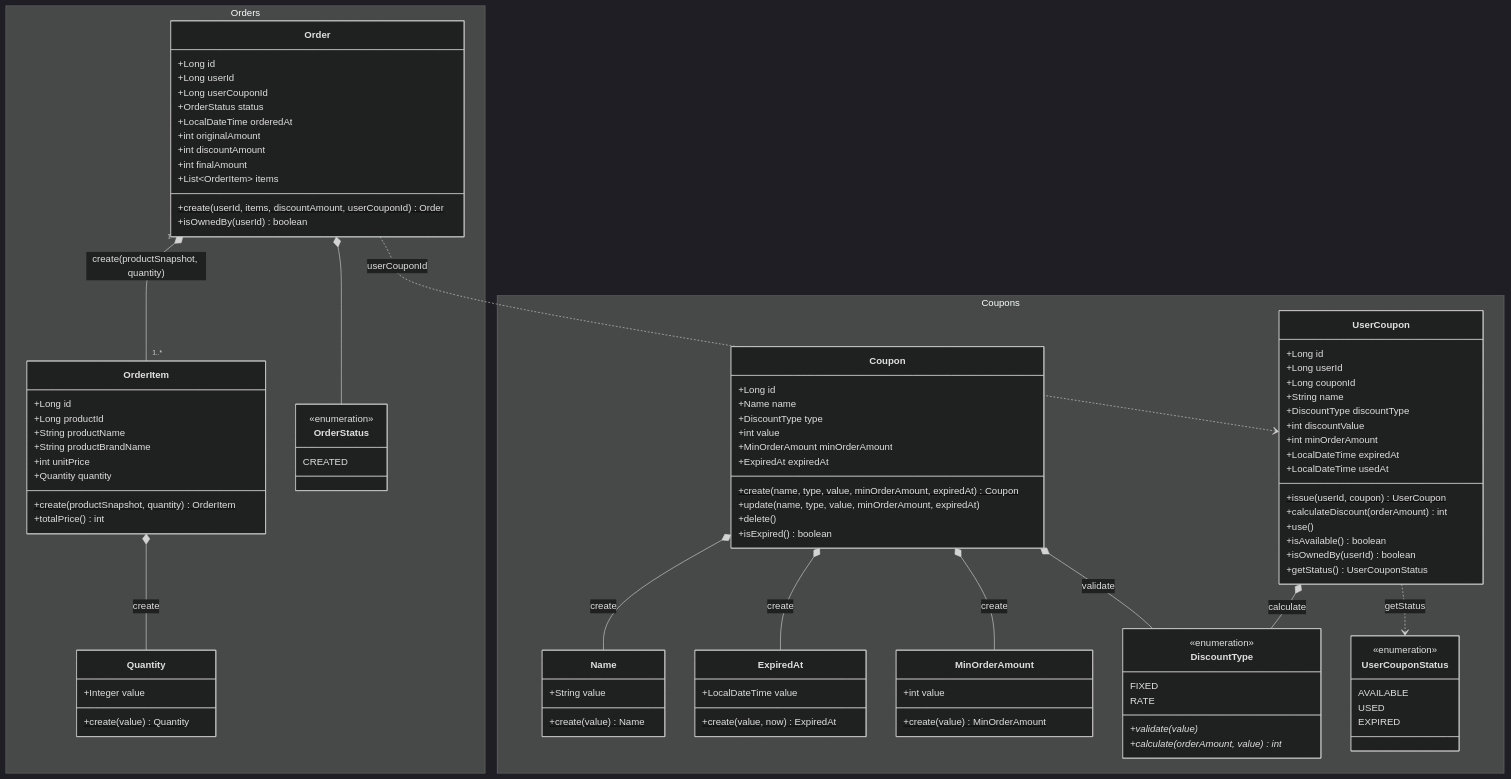
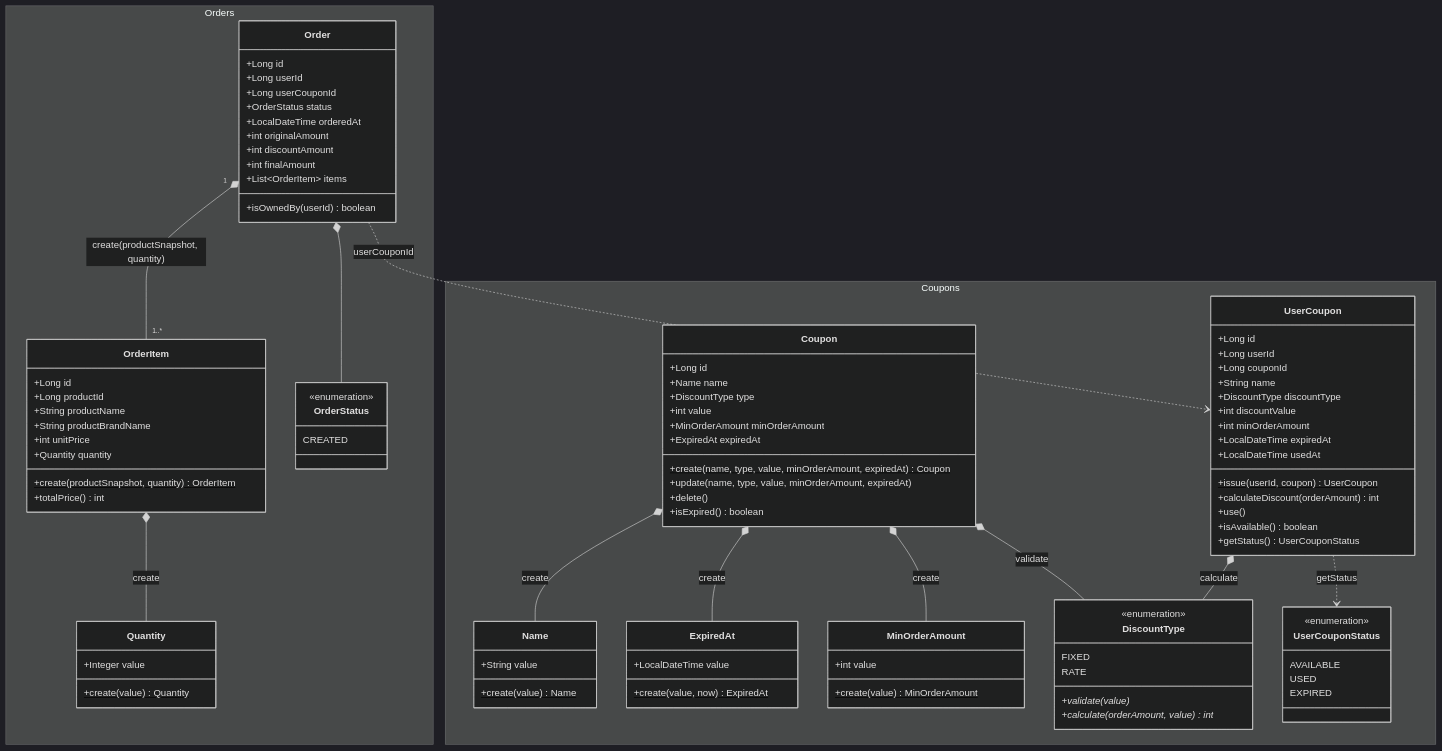
One commit to loopers-labs/loop-pack-be-l2-vol4-java changed the first of 3 diagrams in docs/volume-4/03-class-diagram.md. Above: the diagram before and after it, drawn with Mermaid (dark theme). The commit also changed other lines of this file and 11 other files, not shown here.

```diff
--- a/docs/volume-4/03-class-diagram.md
+++ b/docs/volume-4/03-class-diagram.md
@@ -33,7 +33,6 @@
             +calculateDiscount(orderAmount) int
             +use()
             +isAvailable() boolean
-            +isOwnedBy(userId) boolean
             +getStatus() UserCouponStatus
         }
         class Name {
@@ -74,7 +73,6 @@
             +int discountAmount
             +int finalAmount
             +List~OrderItem~ items
-            +create(userId, items, discountAmount, userCouponId)$ Order
             +isOwnedBy(userId) boolean
         }
         class OrderItem {
```
